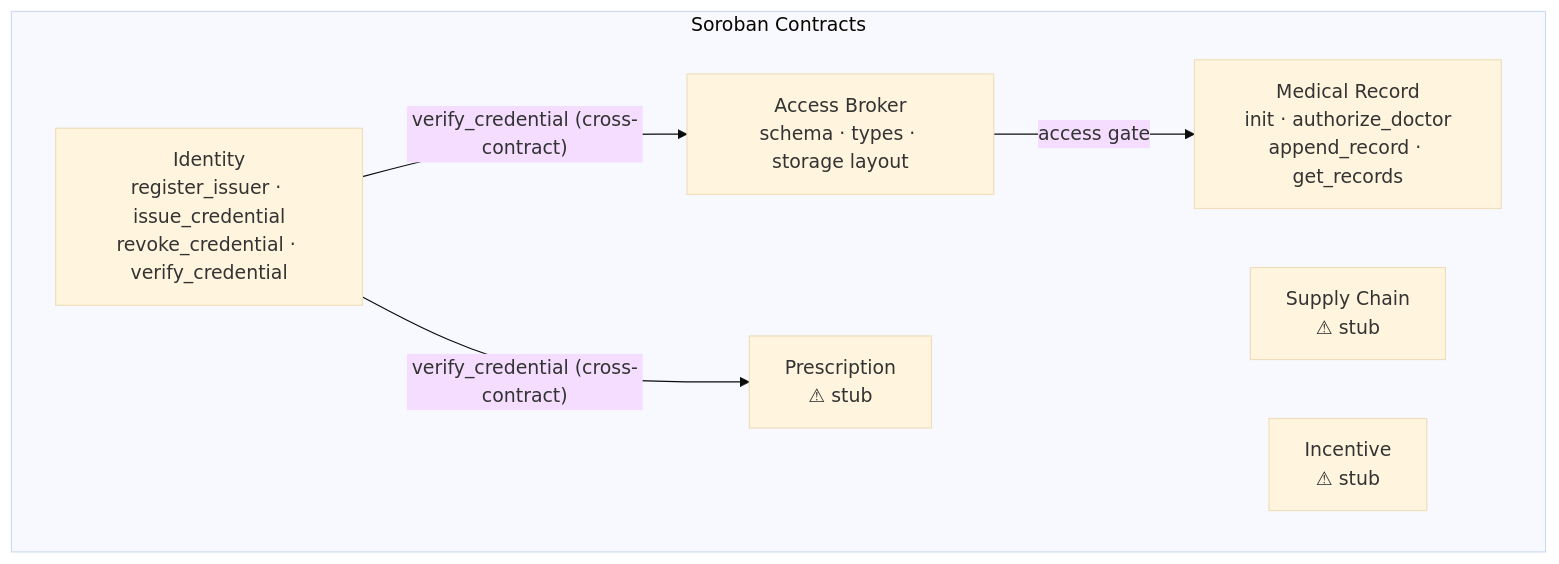
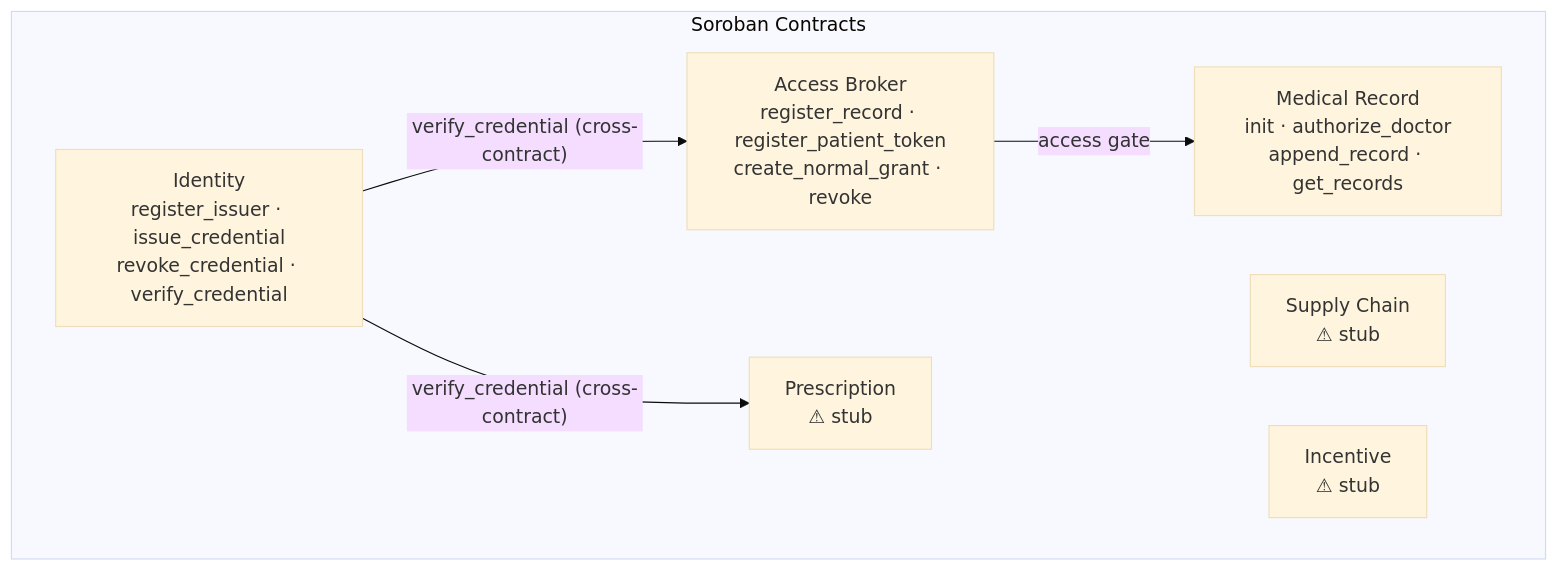
Before and after one commit to nanonite/-rappihistories-stellar-dapp-contracts: the first of 15 diagrams in docs/flows.md, drawn with Mermaid (base theme). The commit also changed other lines of this file, not shown here.

Commit message:
Document access broker grant flows

````diff
--- a/docs/flows.md
+++ b/docs/flows.md
@@ -10,15 +10,15 @@
 ```mermaid
 graph TB
     subgraph Soroban["Soroban Contracts"]
         ID["Identity\nregister_issuer · issue_credential\nrevoke_credential · verify_credential"]
         MR["Medical Record\ninit · authorize_doctor\nappend_record · get_records"]
-        AB["Access Broker\nschema · types · storage layout"]
+        AB["Access Broker\nregister_record · register_patient_token\ncreate_normal_grant · revoke"]
         RX["Prescription\n⚠ stub"]
         SC["Supply Chain\n⚠ stub"]
         IN["Incentive\n⚠ stub"]
     end
 
     ID -->|"verify_credential (cross-contract)"| AB
     ID -->|"verify_credential (cross-contract)"| RX
     AB -->|"access gate"| MR
 ```
````
